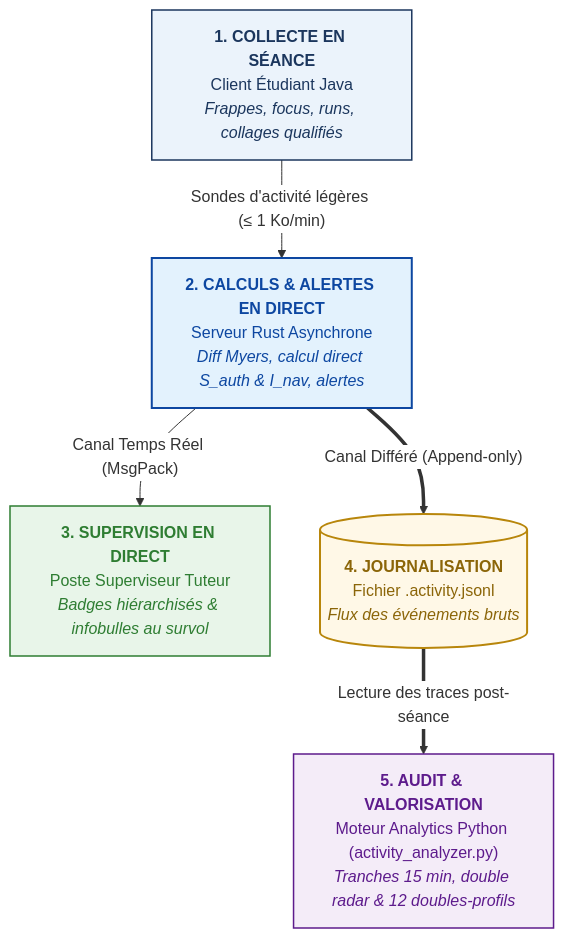
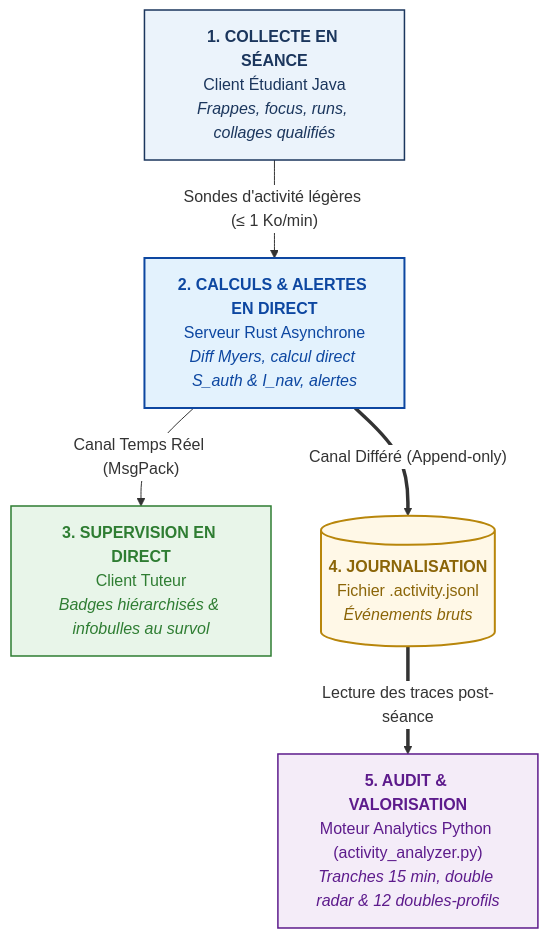
The first of 5 diagrams in docs/ACTIVITY_TRACKING.md (jlehuen/CodeLab), drawn with Mermaid before and after one commit. The commit also changed other lines of this file and 1 other file, not shown here.

Commit message:
docs: fond blanc 100% opaque sans transparence pour les labels d'aretes mermaid

````diff
--- a/docs/ACTIVITY_TRACKING.md
+++ b/docs/ACTIVITY_TRACKING.md
@@ -22,24 +22,24 @@
 ```mermaid
-%%{init: {'themeVariables': { 'edgeLabelBackground': '#ffffff', 'tertiaryColor': '#ffffff' }}}%%
+%%{init: {'themeVariables': {'edgeLabelBackground': '#ffffff'}, 'themeCSS': '.edgeLabel, .labelBkg, .edgeLabel rect { background-color: #ffffff !important; fill: #ffffff !important; opacity: 1 !important; }'}}%%
 flowchart TD
     E["<b>1. COLLECTE EN SÉANCE</b><br/>Client Étudiant Java<br/><i>Frappes, focus, runs, collages qualifiés</i>"]
     -->|"Sondes d'activité légères (≤ 1 Ko/min)"| S["<b>2. CALCULS &amp; ALERTES EN DIRECT</b><br/>Serveur Rust Asynchrone<br/><i>Diff Myers, calcul direct S_auth &amp; I_nav, alertes</i>"]
 
-    S -->|"Canal Temps Réel (MsgPack)"| T["<b>3. SUPERVISION EN DIRECT</b><br/>Poste Superviseur Tuteur<br/><i>Badges hiérarchisés &amp; infobulles au survol</i>"]
+    S -->|"Canal Temps Réel (MsgPack)"| T["<b>3. SUPERVISION EN DIRECT</b><br/>Client Tuteur<br/><i>Badges hiérarchisés &amp; infobulles au survol</i>"]
 
-    S ==>|"Canal Différé (Append-only)"| J[("<b>4. JOURNALISATION</b><br/>Fichier .activity.jsonl<br/><i>Flux des événements bruts</i>")]
+    S ==>|"Canal Différé (Append-only)"| J[("<b>4. JOURNALISATION</b><br/>Fichier .activity.jsonl<br/><i>Événements bruts</i>")]
 
     J ==>|"Lecture des traces post-séance"| A["<b>5. AUDIT &amp; VALORISATION</b><br/>Moteur Analytics Python (activity_analyzer.py)<br/><i>Tranches 15 min, double radar &amp; 12 doubles-profils</i>"]
 
     classDef client fill:#EBF3FB,stroke:#1B365D,stroke-width:1.5px,color:#1B365D;
     classDef server fill:#E3F2FD,stroke:#0D47A1,stroke-width:2px,color:#0D47A1;
     classDef tuteur fill:#E8F5E9,stroke:#2E7D32,stroke-width:1.5px,color:#2E7D32;
     classDef journal fill:#FFF8E7,stroke:#B8860B,stroke-width:2px,color:#8B6508;
     classDef audit fill:#F4ECF8,stroke:#5D1B8C,stroke-width:1.5px,color:#5D1B8C;
 
     class E client;
     class S server;
     class T tuteur;
     class J journal;
     class A audit;
 ```
````
